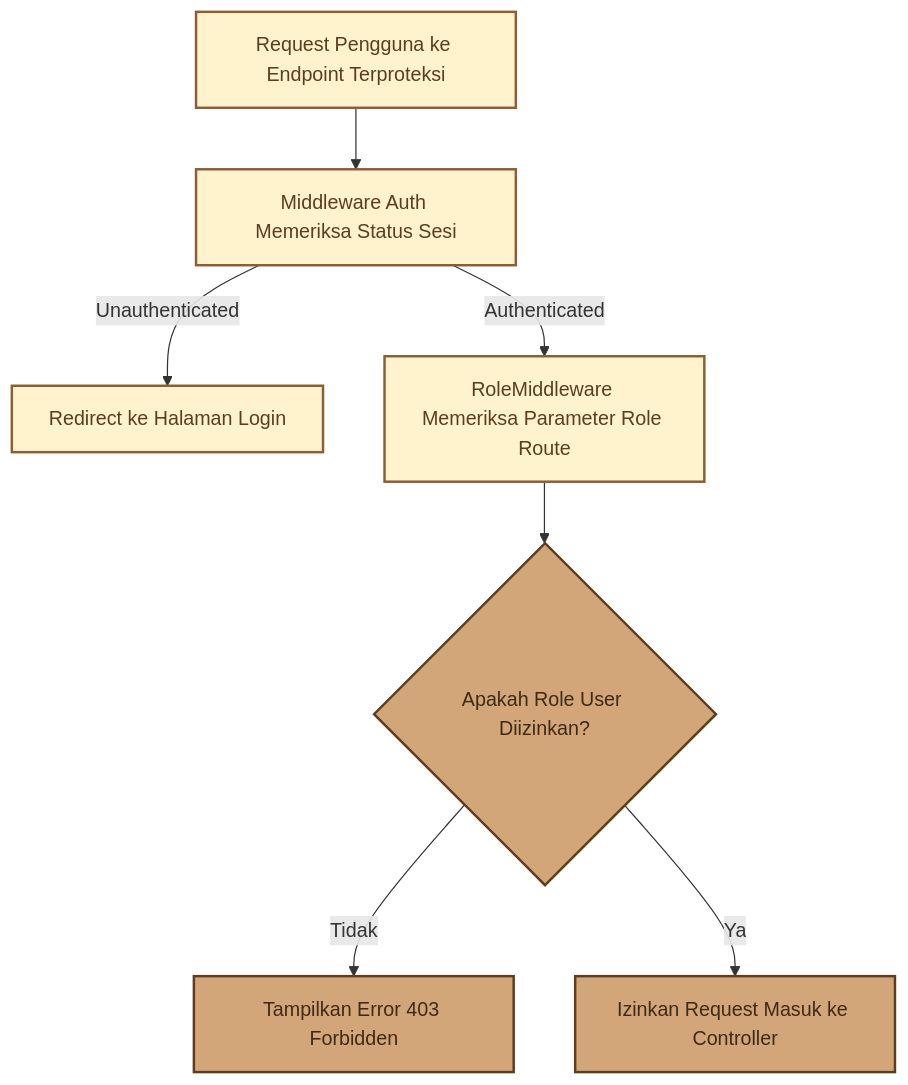
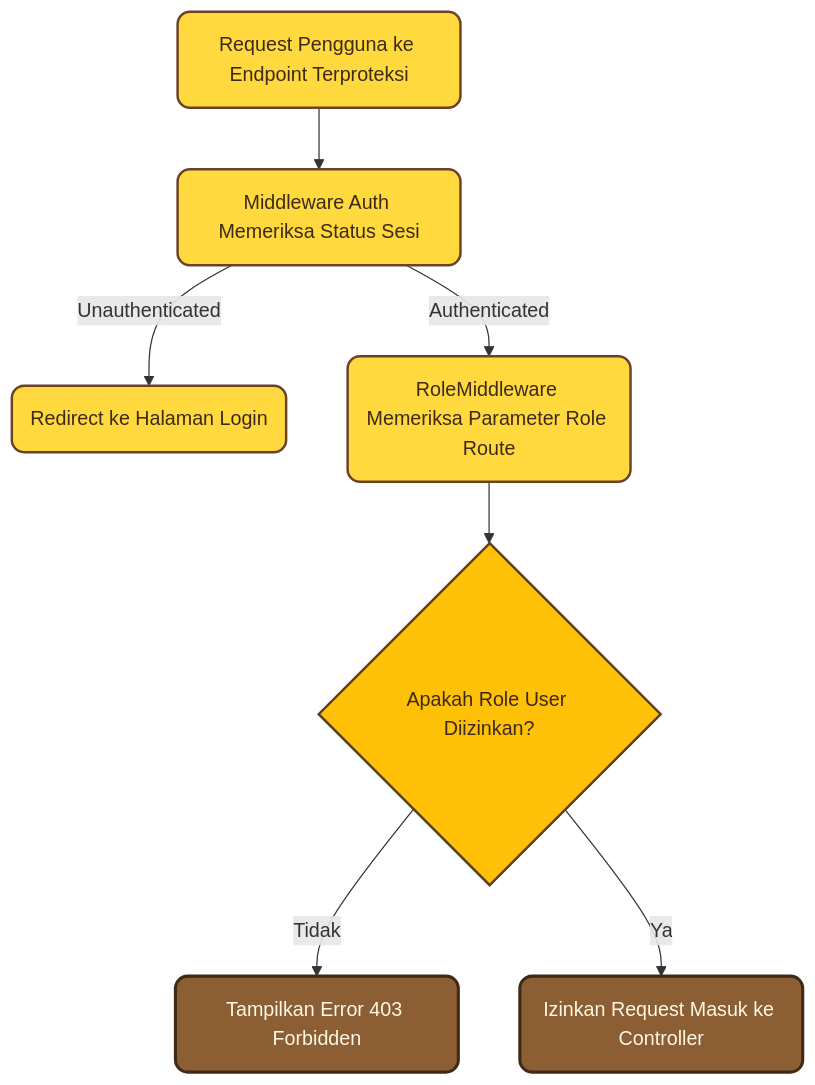
The third of 13 diagrams in docs/DOKUMENTASI_MODULE_SISTEM.md (nazwasalsabila181718-droid/manajemen_perawatan), drawn with Mermaid before and after one commit. The commit also changed other lines of this file, not shown here.

Commit message:
style: modernisasi diagram mermaid dengan tema kuning cerah rounded

````diff
--- a/docs/DOKUMENTASI_MODULE_SISTEM.md
+++ b/docs/DOKUMENTASI_MODULE_SISTEM.md
@@ -88,15 +92,17 @@
 ```mermaid
 flowchart TD
-    classDef default fill:#FFF3CD,stroke:#8B5E34,stroke-width:2px,color:#5C3D1F;
-    classDef highlight fill:#D2A679,stroke:#5C3D1F,stroke-width:2px,color:#3E2A17;
+    A(Request Pengguna ke Endpoint Terproteksi) --> B(Middleware Auth Memeriksa Status Sesi)
+    B -- Unauthenticated --> C(Redirect ke Halaman Login)
+    B -- Authenticated --> D(RoleMiddleware Memeriksa Parameter Role Route)
+    D --> E{Apakah Role User Diizinkan?}
+    E -- Tidak --> F(Tampilkan Error 403 Forbidden)
+    E -- Ya --> G(Izinkan Request Masuk ke Controller)
 
-    A[Request Pengguna ke Endpoint Terproteksi] --> B[Middleware Auth Memeriksa Status Sesi]
-    B -- Unauthenticated --> C[Redirect ke Halaman Login]
-    B -- Authenticated --> D[RoleMiddleware Memeriksa Parameter Role Route]
-    D --> E{Apakah Role User Diizinkan?}
-    E -- Tidak --> F[Tampilkan Error 403 Forbidden]
-    E -- Ya --> G[Izinkan Request Masuk ke Controller]
+    classDef default fill:#FFD93D,stroke:#6B4226,stroke-width:2px,color:#3E2A17,rx:10,ry:10;
+    classDef highlight fill:#8B5E34,stroke:#3E2A17,stroke-width:2.5px,color:#FFF8E7,rx:10,ry:10;
+    classDef decision fill:#FFC107,stroke:#5C3D1F,stroke-width:2px,color:#3E2A17;
 
     class A,B,C,D default;
-    class E,F,G highlight;
+    class F,G highlight;
+    class E decision;
 ```
````
